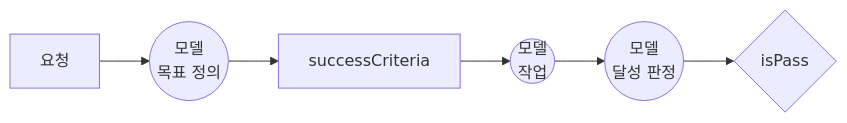
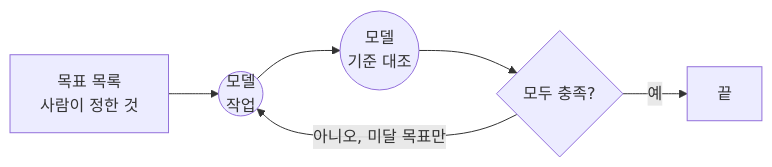
Before and after one commit to devjune/ai-study: diagram 12 of 22 in docs/phase2/Spring AI로 구현하는 에이전틱 패턴.md, drawn with Mermaid. The commit also changed other lines of this file and 8 other files, not shown here.

````diff
--- a/docs/phase2/Spring AI로 구현하는 에이전틱 패턴.md
+++ b/docs/phase2/Spring AI로 구현하는 에이전틱 패턴.md
@@ -481,8 +511,8 @@
 ```mermaid
 flowchart LR
-    R[요청] --> M1((모델<br/>목표 정의))
-    M1 --> G[successCriteria]
-    G --> M2((모델<br/>작업))
-    M2 --> M3((모델<br/>달성 판정))
-    M3 --> D{isPass}
+    G[목표 목록<br/>사람이 정한 것] --> M1((모델<br/>작업))
+    M1 --> M2((모델<br/>기준 대조))
+    M2 --> C{모두 충족?}
+    C -->|예| OK[끝]
+    C -->|아니오, 미달 목표만| M1
 ```
````
